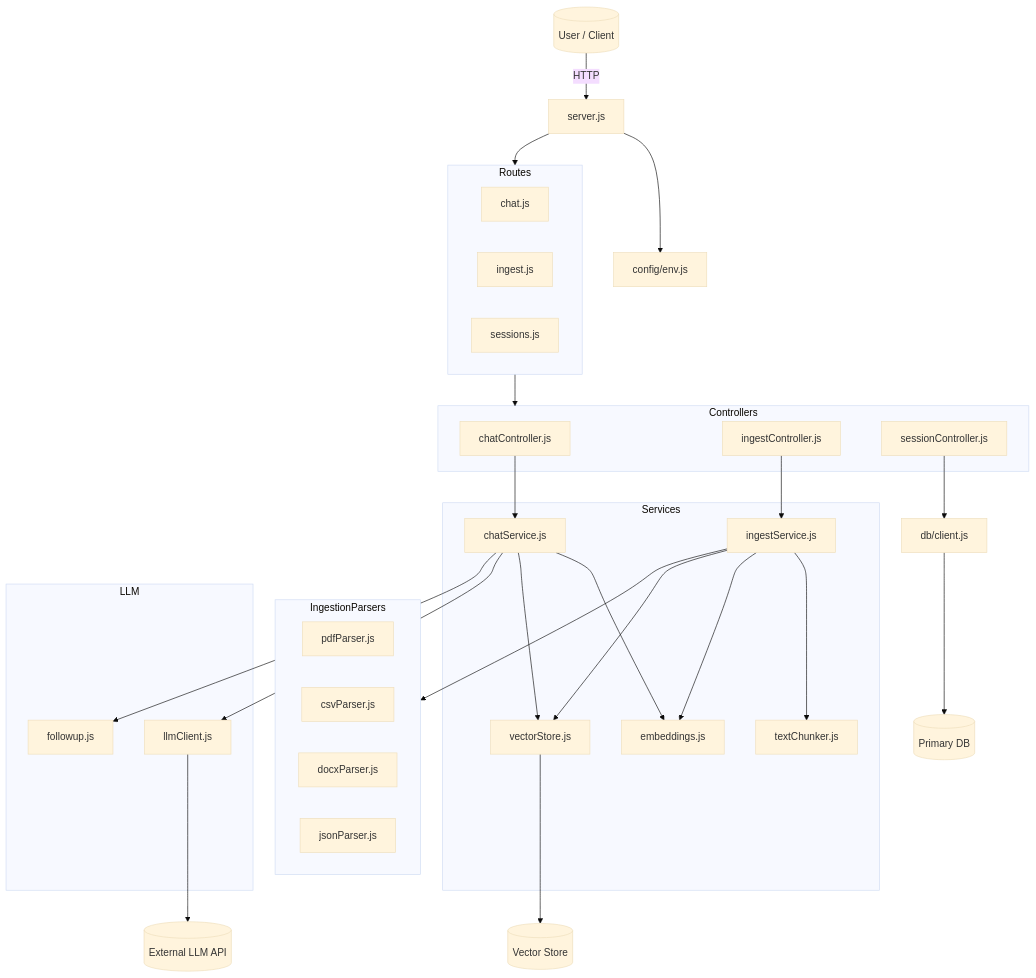
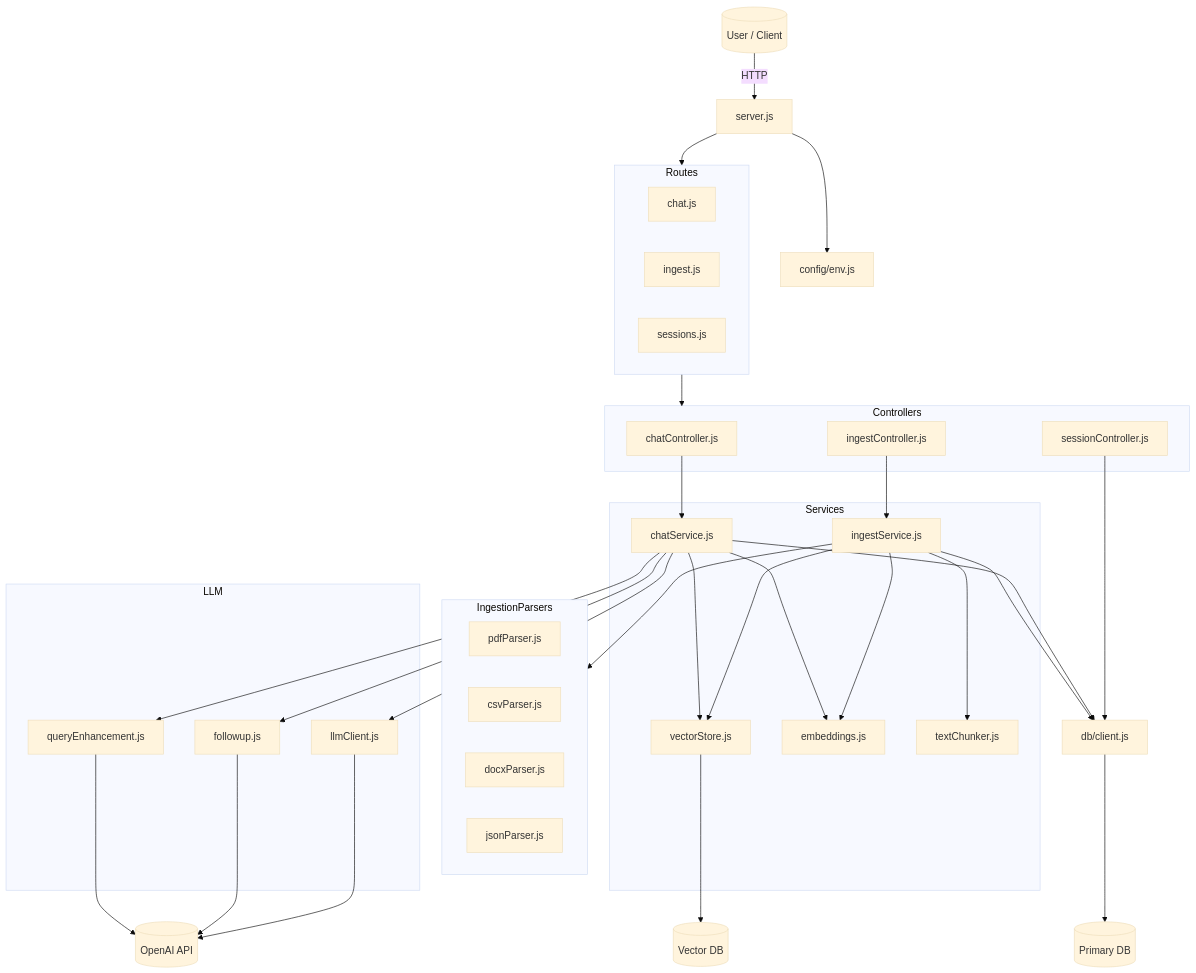
The diagram in README.md (FredrikPD/Multi-Source-RAG-API), drawn with Mermaid (base theme) before and after one commit. The commit also changed other lines of this file and 5 other files, not shown here.

````diff
--- a/README.md
+++ b/README.md
@@ -6,72 +6,80 @@
 ```mermaid
 flowchart TD
     %% External actors
     User[(User / Client)]
     DB[(Primary DB)]
-    VectorDB[(Vector Store)]
-    LLMAPI[(External LLM API)]
+    VectorDB[(Vector DB)]
+    LLMAPI[(OpenAI API)]
 
     %% Entry point
     User -->|HTTP| Server
 
     Server[server.js]
 
     %% Core layers
     subgraph Routes
         chatRoutes[chat.js]
         ingestRoutes[ingest.js]
         sessionsRoutes[sessions.js]
     end
 
     subgraph Controllers
         chatController[chatController.js]
         ingestController[ingestController.js]
         sessionController[sessionController.js]
     end
 
     subgraph Services
         chatService[chatService.js]
         vectorStore[vectorStore.js]
         embeddings[embeddings.js]
         textChunker[textChunker.js]
         ingestService[ingestService.js]
     end
 
     subgraph IngestionParsers
         pdfParser[pdfParser.js]
         csvParser[csvParser.js]
         docxParser[docxParser.js]
         jsonParser[jsonParser.js]
     end
 
     subgraph LLM
         llmClient[llmClient.js]
         followup[followup.js]
+        queryEnhancement[queryEnhancement.js]
     end
 
     dbClient[db/client.js]
     env[config/env.js]
 
     %% Wiring
     Server --> env
     Server --> Routes
     Routes --> Controllers
 
     chatController --> chatService
     ingestController --> ingestService
     sessionController --> dbClient
 
     ingestService --> textChunker
     ingestService --> embeddings
     ingestService --> vectorStore
     ingestService --> IngestionParsers
 
     chatService --> embeddings
     chatService --> vectorStore
     chatService --> llmClient
     chatService --> followup
+    chatService --> queryEnhancement
+
+    %% DB + external deps
+    chatService --> dbClient
+    ingestService --> dbClient
+    dbClient --> DB
 
     vectorStore --> VectorDB
-    dbClient --> DB
     llmClient --> LLMAPI
+    followup --> LLMAPI
+    queryEnhancement --> LLMAPI
 ```
````
